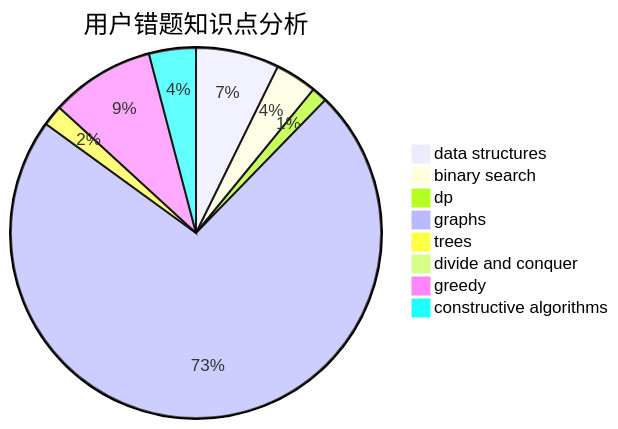
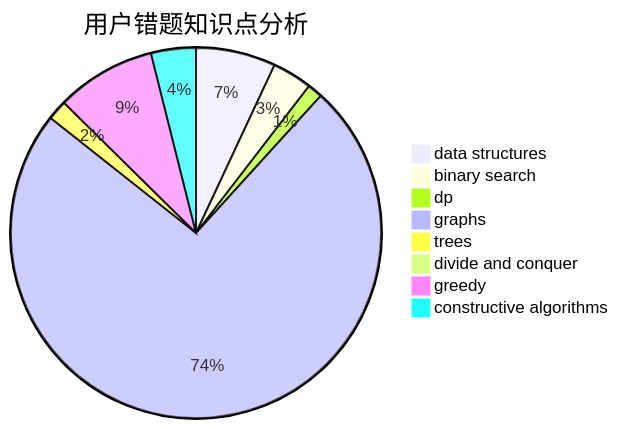
The third of 3 diagrams in docs/user/u1072.md (sherpahu/cfrs.github.io), drawn with Mermaid before and after one commit. The commit also changed other lines of this file and 2770 other files, not shown here.

````diff
--- a/docs/user/u1072.md
+++ b/docs/user/u1072.md
@@ -36,11 +36,11 @@
 ```mermaid
 pie title 用户错题知识点分析
     "data structures" :  16
     "binary search" :  8
     "dp" :  3
-    "graphs" :  160
+    "graphs" :  170
     "trees" :  4
     "divide and conquer" :  0
     "greedy" :  20
     "constructive algorithms" :  9
 ```
````
